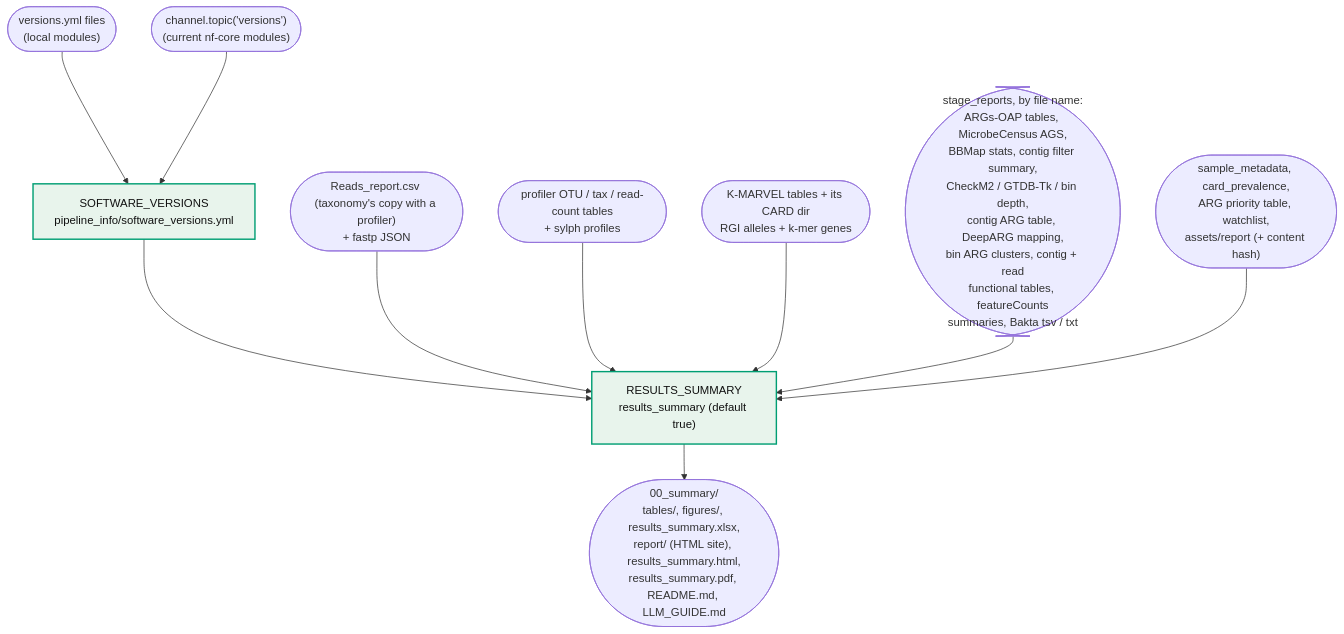
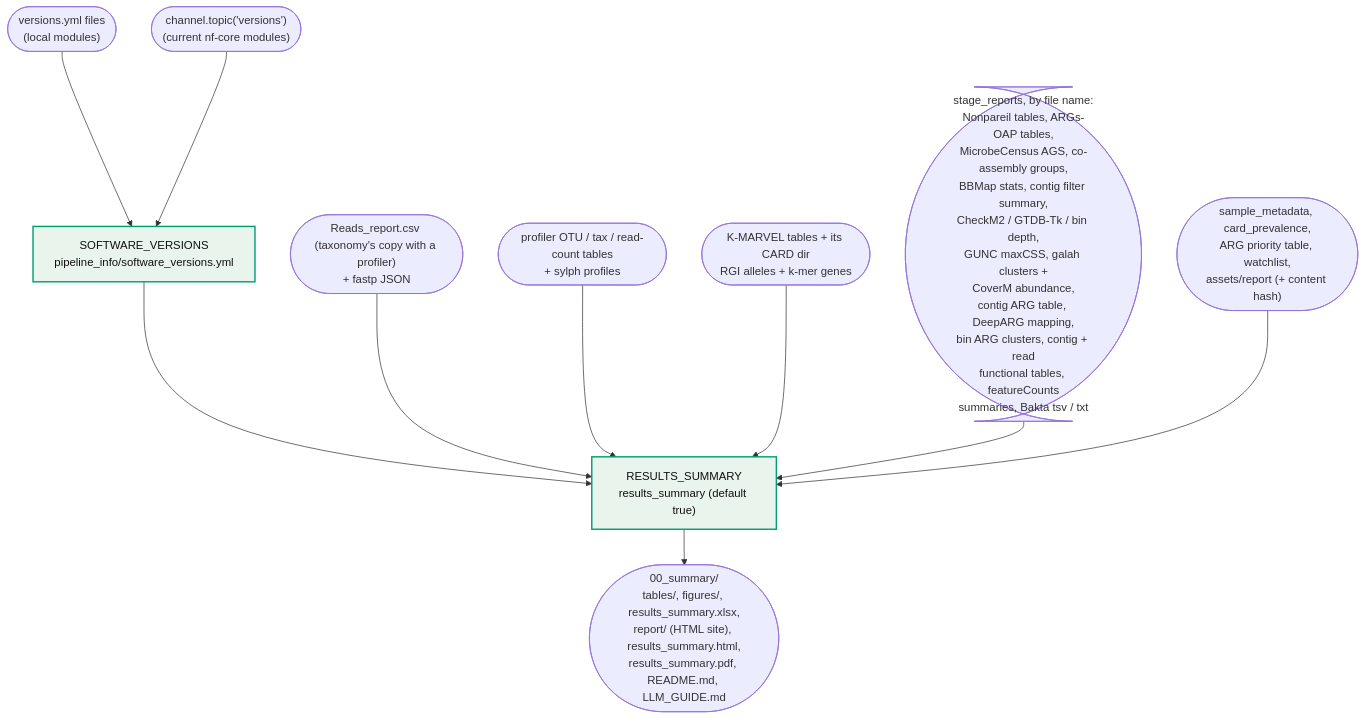
Diagram 14 of 14 in docs/WORKFLOW_DIAGRAM.md (gene2dis/BugBuster), drawn with Mermaid before and after one commit. The commit also changed other lines of this file and 8 other files, not shown here.

First line of the commit message:
docs: manual, parameters, troubleshooting, diagram and guides after Phases 15-18b

````diff
--- a/docs/WORKFLOW_DIAGRAM.md
+++ b/docs/WORKFLOW_DIAGRAM.md
@@ -482,16 +486,16 @@
 ```mermaid
 flowchart TD
     VersionFiles(["versions.yml files<br/>(local modules)"]) --> SOFTWARE_VERSIONS
     VersionTopic(["channel.topic('versions')<br/>(current nf-core modules)"]) --> SOFTWARE_VERSIONS["SOFTWARE_VERSIONS<br/>pipeline_info/software_versions.yml"]
 
     SOFTWARE_VERSIONS --> RESULTS_SUMMARY
     QCin(["Reads_report.csv (taxonomy's copy with a profiler)<br/>+ fastp JSON"]) --> RESULTS_SUMMARY
     Taxin(["profiler OTU / tax / read-count tables<br/>+ sylph profiles"]) --> RESULTS_SUMMARY
     ARGin(["K-MARVEL tables + its CARD dir<br/>RGI alleles + k-mer genes"]) --> RESULTS_SUMMARY
-    Stage(["stage_reports, by file name:<br/>ARGs-OAP tables, MicrobeCensus AGS,<br/>BBMap stats, contig filter summary,<br/>CheckM2 / GTDB-Tk / bin depth,<br/>contig ARG table, DeepARG mapping,<br/>bin ARG clusters, contig + read<br/>functional tables, featureCounts<br/>summaries, Bakta tsv / txt"]) --> RESULTS_SUMMARY
+    Stage(["stage_reports, by file name:<br/>Nonpareil tables, ARGs-OAP tables,<br/>MicrobeCensus AGS, co-assembly groups,<br/>BBMap stats, contig filter summary,<br/>CheckM2 / GTDB-Tk / bin depth,<br/>GUNC maxCSS, galah clusters +<br/>CoverM abundance,<br/>contig ARG table, DeepARG mapping,<br/>bin ARG clusters, contig + read<br/>functional tables, featureCounts<br/>summaries, Bakta tsv / txt"]) --> RESULTS_SUMMARY
     User(["sample_metadata, card_prevalence,<br/>ARG priority table, watchlist,<br/>assets/report (+ content hash)"]) --> RESULTS_SUMMARY
     RESULTS_SUMMARY["RESULTS_SUMMARY<br/>results_summary (default true)"] --> Out(["00_summary/<br/>tables/, figures/, results_summary.xlsx,<br/>report/ (HTML site), results_summary.html,<br/>results_summary.pdf, README.md, LLM_GUIDE.md"])
 
     classDef on fill:#E8F4EC,stroke:#009E73,stroke-width:2px,color:#111
     class SOFTWARE_VERSIONS,RESULTS_SUMMARY on
 ```
````
